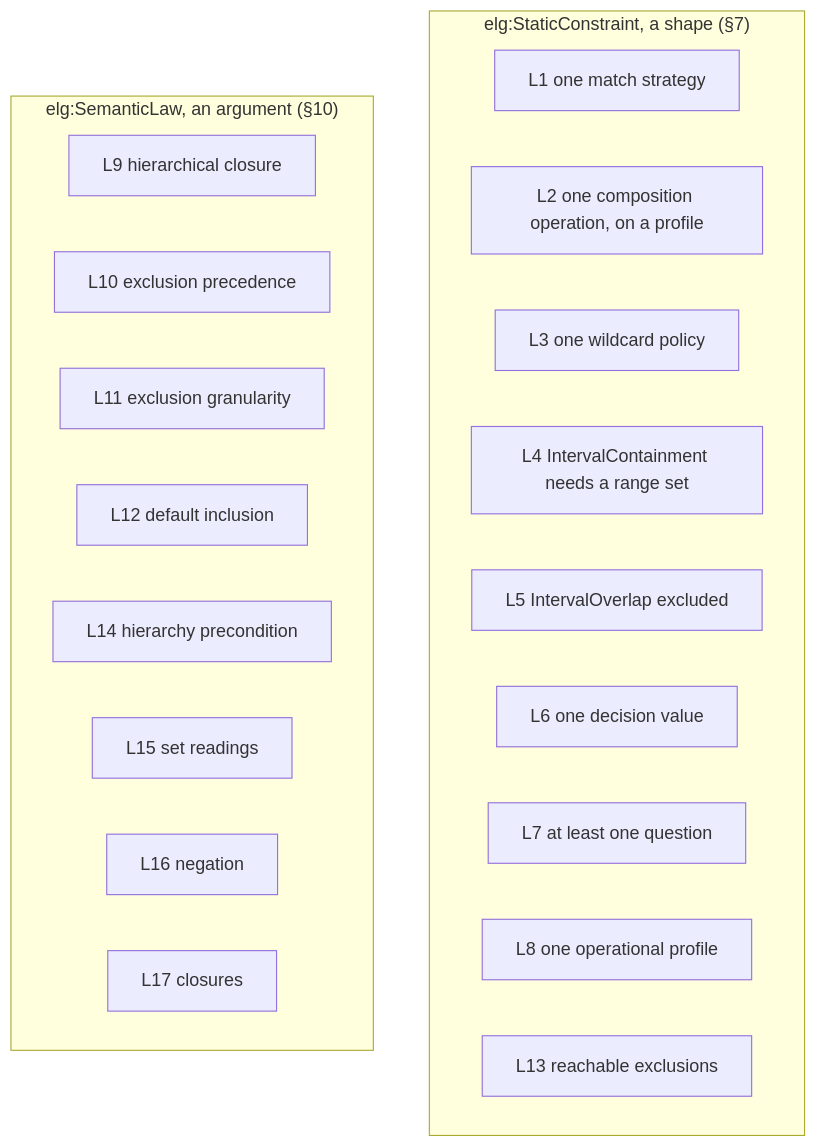
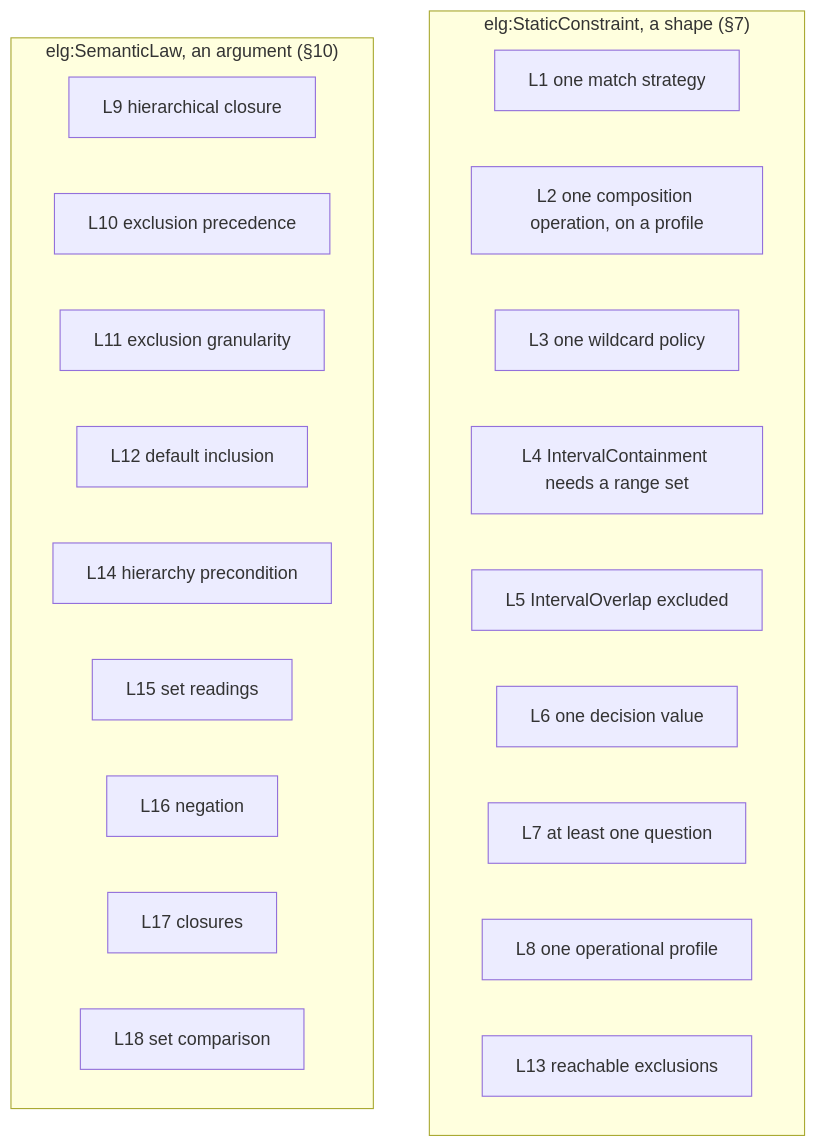
One commit to nebularis/lattice changed diagram 11 of 18 in ontology/eligibility/README.md. Above: the diagram before and after it, drawn with Mermaid. The commit also changed other lines of this file and 268 other files, not shown here.

````diff
--- a/ontology/eligibility/README.md
+++ b/ontology/eligibility/README.md
@@ -476,24 +487,25 @@
 ```mermaid
 flowchart TB
     subgraph Static["elg:StaticConstraint, a shape (§7)"]
         L1["L1 one match strategy"]
         L2["L2 one composition operation, on a profile"]
         L3["L3 one wildcard policy"]
         L4["L4 IntervalContainment needs a range set"]
         L5["L5 IntervalOverlap excluded"]
         L6["L6 one decision value"]
         L7["L7 at least one question"]
         L8["L8 one operational profile"]
         L13["L13 reachable exclusions"]
     end
     subgraph Semantic["elg:SemanticLaw, an argument (§10)"]
         L9["L9 hierarchical closure"]
         L10["L10 exclusion precedence"]
         L11["L11 exclusion granularity"]
         L12["L12 default inclusion"]
         L14["L14 hierarchy precondition"]
         L15["L15 set readings"]
         L16["L16 negation"]
         L17["L17 closures"]
+        L18["L18 set comparison"]
     end
 ```
````
